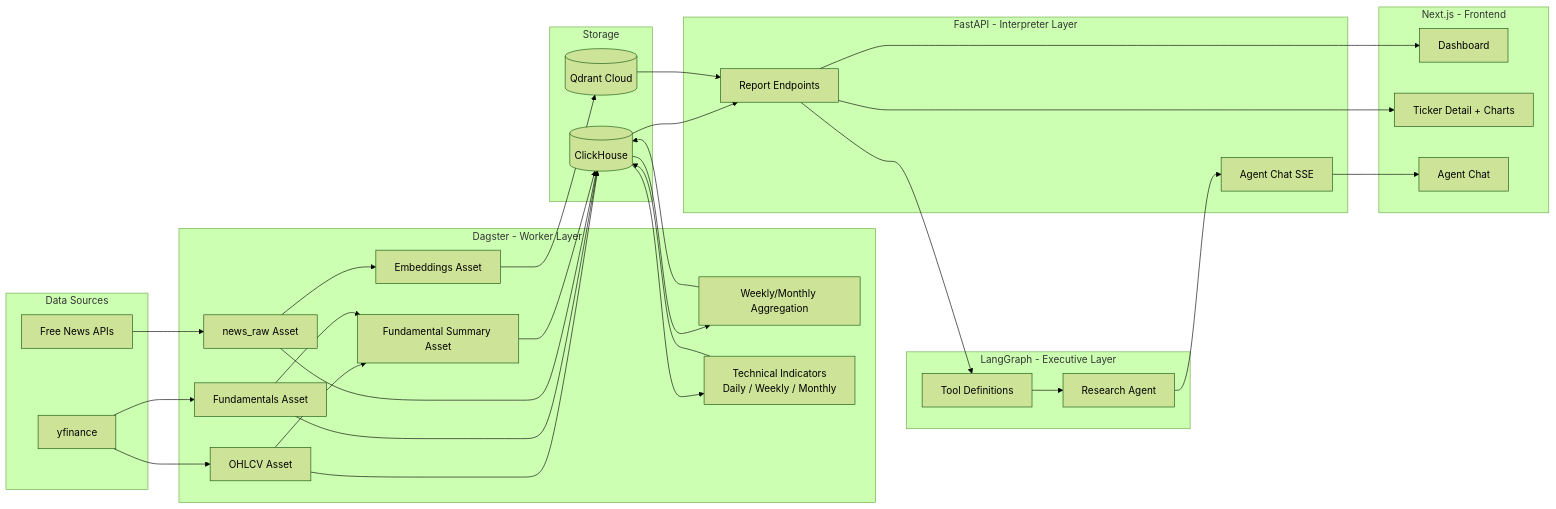
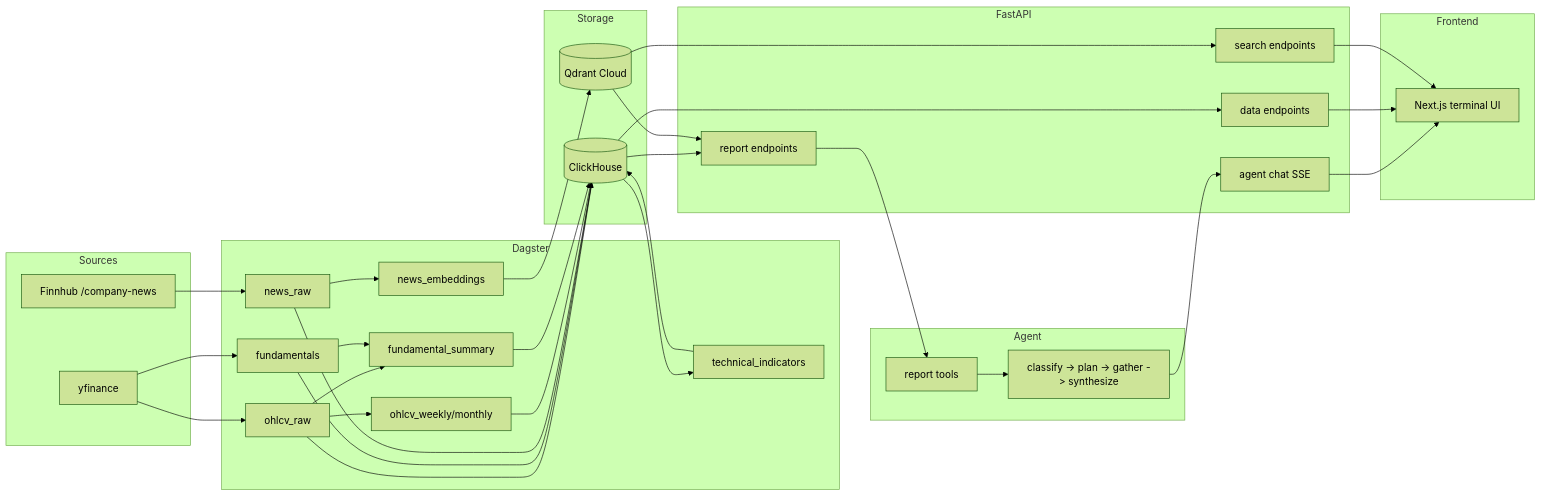
One commit to noahwins-ng/equity-data-agent changed the diagram in docs/project-requirement.md. Above: the diagram before and after it, drawn with Mermaid (forest theme). The commit also changed other lines of this file and 1 other file, not shown here.

````diff
--- a/docs/project-requirement.md
+++ b/docs/project-requirement.md
@@ -59,55 +117,56 @@
 ```mermaid
 graph LR
-    subgraph Data Sources
+    subgraph Sources
         YF[yfinance]
-        NEWS[Free News APIs]
+        NEWS[Finnhub /company-news]
     end
 
-    subgraph Dagster - Worker Layer
-        OHLCV[OHLCV Asset]
-        FUND[Fundamentals Asset]
-        AGG[Weekly/Monthly Aggregation]
-        TECH[Technical Indicators<br/>Daily / Weekly / Monthly]
-        FSUM[Fundamental Summary Asset]
-        NRAW[news_raw Asset]
-        EMB[Embeddings Asset]
+    subgraph Dagster
+        OHLCV[ohlcv_raw]
+        FUND[fundamentals]
+        AGG[ohlcv_weekly/monthly]
+        TECH[technical_indicators]
+        FSUM[fundamental_summary]
+        NRAW[news_raw]
+        EMB[news_embeddings]
     end
 
     subgraph Storage
         CH[(ClickHouse)]
         QD[(Qdrant Cloud)]
     end
 
-    subgraph FastAPI - Interpreter Layer
-        API[Report Endpoints]
-        SSE[Agent Chat SSE]
+    subgraph FastAPI
+        REPORTS[report endpoints]
+        DATA[data endpoints]
+        SEARCH[search endpoints]
+        CHAT[agent chat SSE]
     end
 
-    subgraph LangGraph - Executive Layer
-        AGENT[Research Agent]
-        TOOLS[Tool Definitions]
+    subgraph Agent
+        GRAPH[classify -> plan -> gather -> synthesize]
+        TOOLS[report tools]
     end
 
-    subgraph Next.js - Frontend
-        DASH[Dashboard]
-        DETAIL[Ticker Detail + Charts]
-        CHAT[Agent Chat]
+    subgraph Frontend
+        UI[Next.js terminal UI]
     end
 
     YF --> OHLCV --> CH
     YF --> FUND --> CH
-    NEWS --> NRAW[news_raw Asset]
-    NRAW --> CH
+    NEWS --> NRAW --> CH
     NRAW --> EMB --> QD
-    CH --> AGG --> CH
+    OHLCV --> AGG --> CH
     CH --> TECH --> CH
     OHLCV --> FSUM
     FUND --> FSUM
     FSUM --> CH
-    CH --> API
-    QD --> API
-    API --> TOOLS --> AGENT
-    API --> DASH
-    API --> DETAIL
-    AGENT --> SSE --> CHAT
+    CH --> REPORTS
+    CH --> DATA
+    QD --> SEARCH
+    QD --> REPORTS
+    REPORTS --> TOOLS --> GRAPH
+    GRAPH --> CHAT --> UI
+    DATA --> UI
+    SEARCH --> UI
 ```
````
